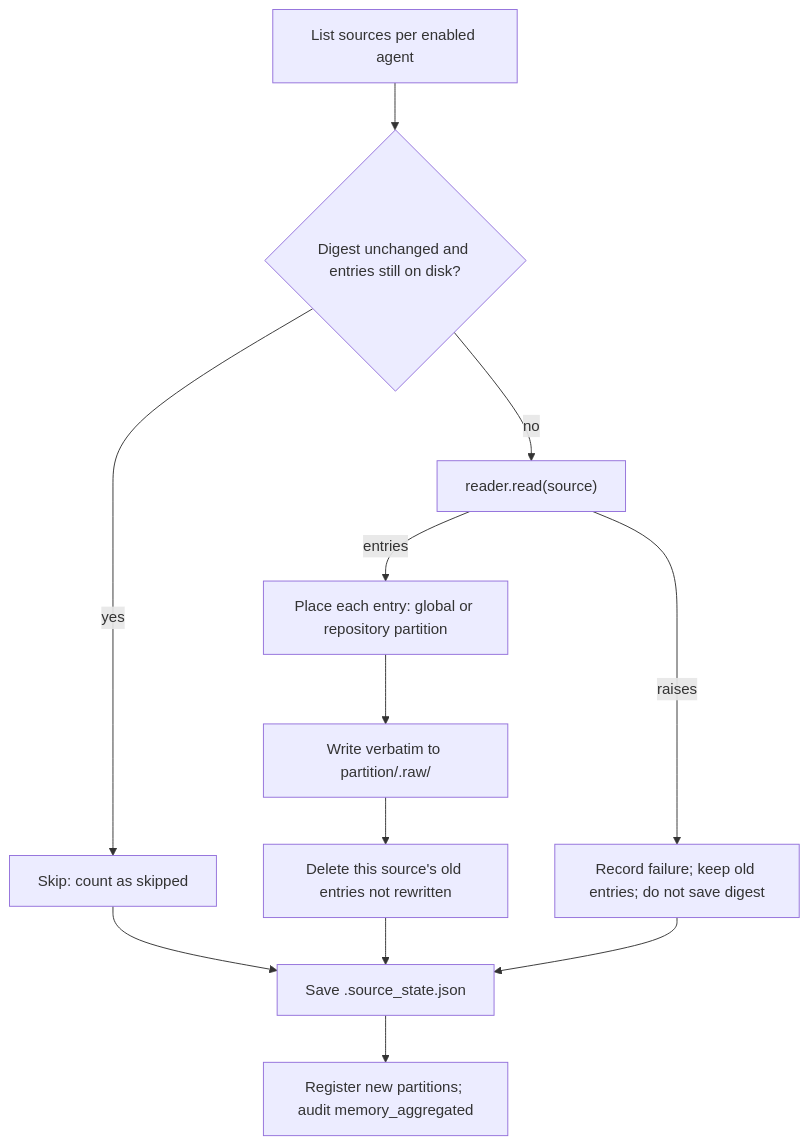
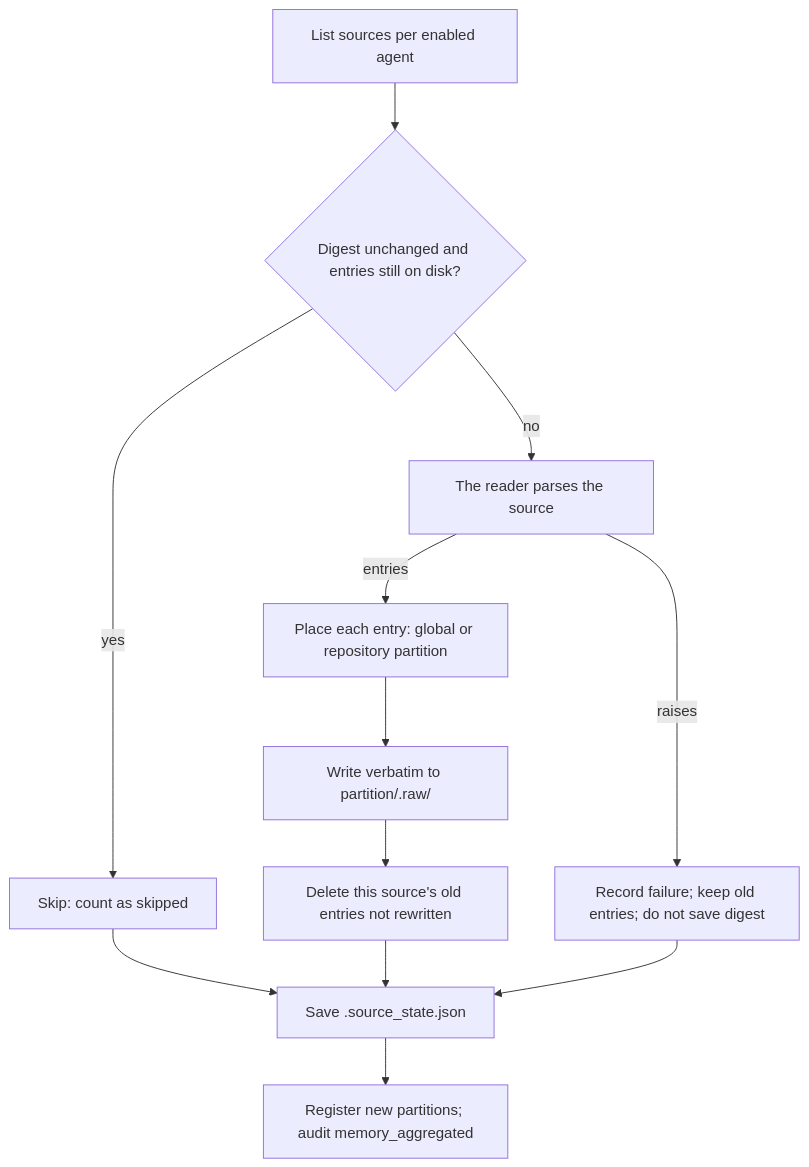
The first of 4 diagrams in docs-site/architecture/memory.md (wyx-sg/Coffer), drawn with Mermaid before and after one commit. The commit also changed other lines of this file and 29 other files, not shown here.

First line of the commit message:
docs(site): explain the architecture in plain terms, without source detail

````diff
--- a/docs-site/architecture/memory.md
+++ b/docs-site/architecture/memory.md
@@ -122,14 +122,14 @@
 ```mermaid
 flowchart TD
   A["List sources per enabled agent"] --> B{"Digest unchanged and entries still on disk?"}
   B -- yes --> S["Skip: count as skipped"]
-  B -- no --> R["reader.read(source)"]
+  B -- no --> R["The reader parses the source"]
   R -- raises --> F["Record failure; keep old entries; do not save digest"]
   R -- entries --> P["Place each entry: global or repository partition"]
   P --> W["Write verbatim to partition/.raw/"]
   W --> D["Delete this source's old entries not rewritten"]
   S --> X["Save .source_state.json"]
   D --> X
   F --> X
   X --> Y["Register new partitions; audit memory_aggregated"]
 ```
````
